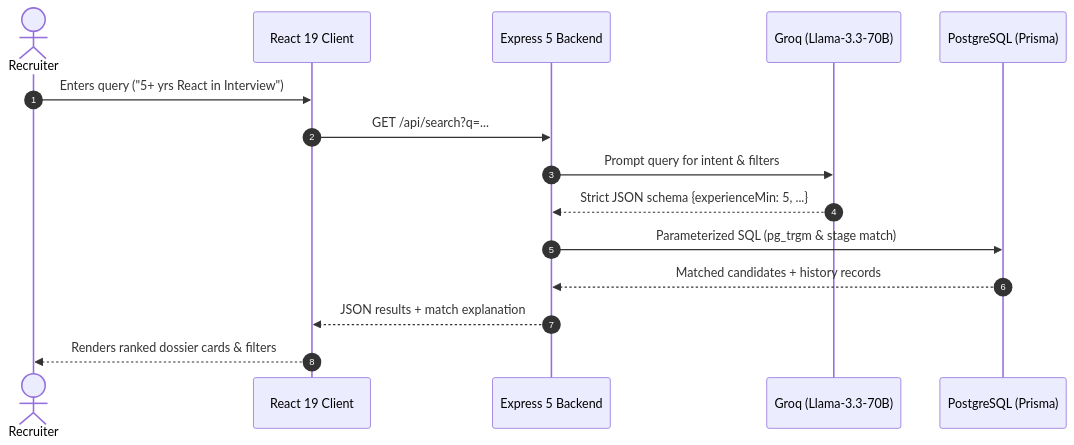
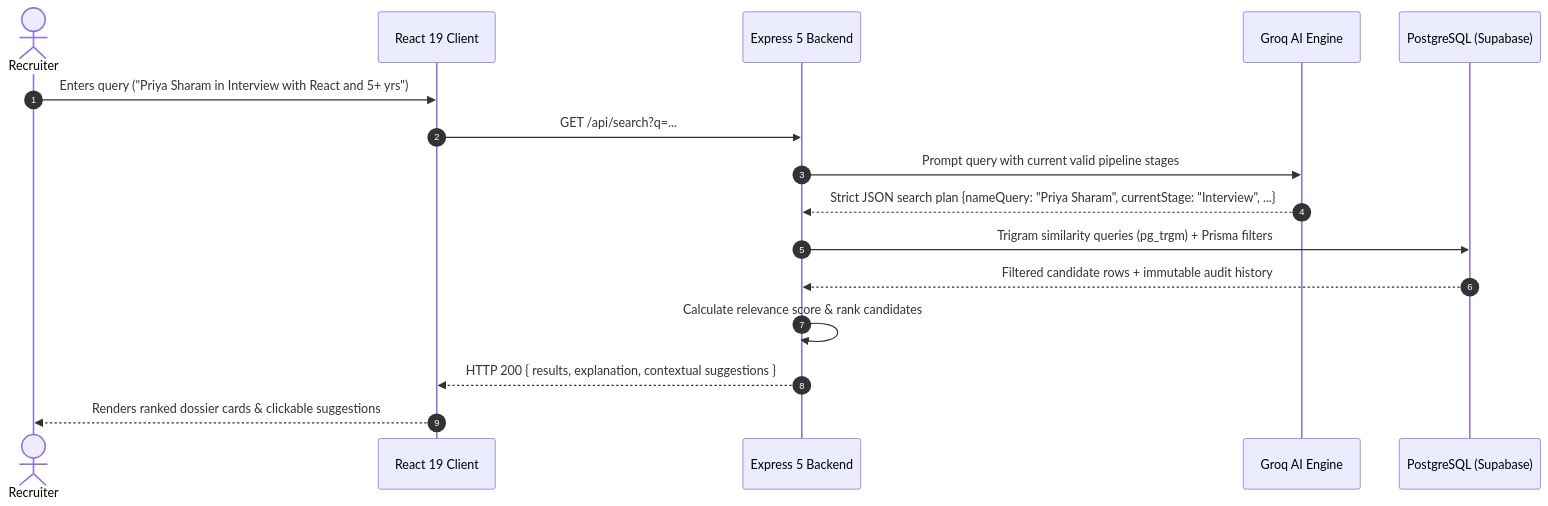
The diagram in README.md (ayushprajapati3002/RecruitmentSoftware), drawn with Mermaid before and after one commit. The commit also changed other lines of this file and 13 other files, not shown here.

````diff
--- a/README.md
+++ b/README.md
@@ -37,18 +43,19 @@
 ```mermaid
 sequenceDiagram
     autonumber
     actor User as Recruiter
     participant Frontend as React 19 Client
     participant Backend as Express 5 Backend
-    participant Groq as Groq (Llama-3.3-70B)
-    participant DB as PostgreSQL (Prisma)
+    participant Groq as Groq AI Engine
+    participant DB as PostgreSQL (Supabase)
 
-    User->>Frontend: Enters query ("5+ yrs React in Interview")
+    User->>Frontend: Enters query ("Priya Sharam in Interview with React and 5+ yrs")
     Frontend->>Backend: GET /api/search?q=...
-    Backend->>Groq: Prompt query for intent & filters
-    Groq-->>Backend: Strict JSON schema {experienceMin: 5, ...}
-    Backend->>DB: Parameterized SQL (pg_trgm & stage match)
-    DB-->>Backend: Matched candidates + history records
-    Backend-->>Frontend: JSON results + match explanation
-    Frontend-->>User: Renders ranked dossier cards & filters
+    Backend->>Groq: Prompt query with current valid pipeline stages
+    Groq-->>Backend: Strict JSON search plan {nameQuery: "Priya Sharam", currentStage: "Interview", ...}
+    Backend->>DB: Trigram similarity queries (pg_trgm) + Prisma filters
+    DB-->>Backend: Filtered candidate rows + immutable audit history
+    Backend->>Backend: Calculate relevance score & rank candidates
+    Backend-->>Frontend: HTTP 200 { results, explanation, contextual suggestions }
+    Frontend-->>User: Renders ranked dossier cards & clickable suggestions
 ```
````
